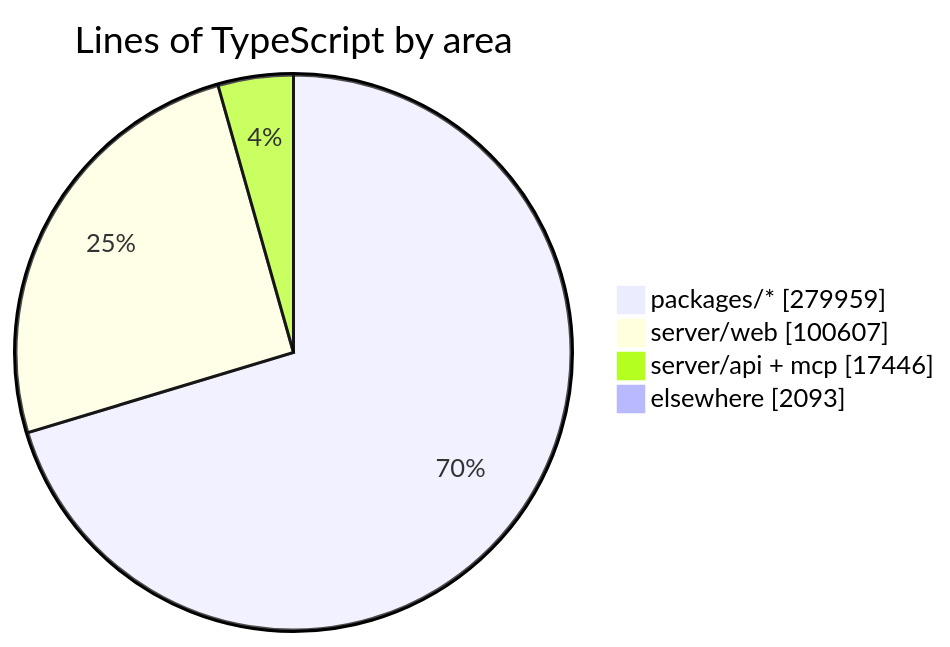
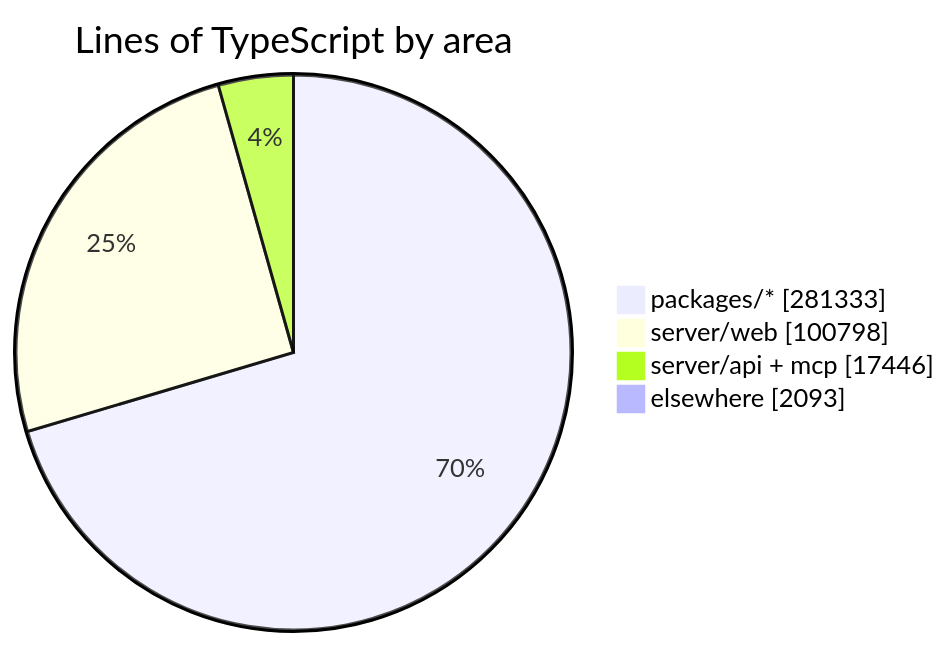
One commit to crossworks-engineering/mantle changed the diagram in README.md. Above: the diagram before and after it, drawn with Mermaid. The commit also changed other lines of this file and 2 other files, not shown here.

````diff
--- a/README.md
+++ b/README.md
@@ -294,7 +294,7 @@
 ```mermaid
 pie showData title Lines of TypeScript by area
-    "packages/*" : 279959
-    "server/web" : 100607
+    "packages/*" : 281333
+    "server/web" : 100798
     "server/api + mcp" : 17446
     "elsewhere" : 2093
 ```
````
